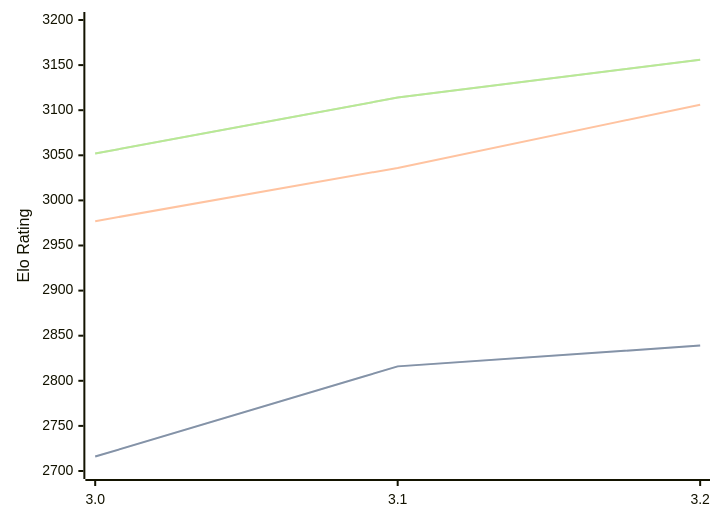
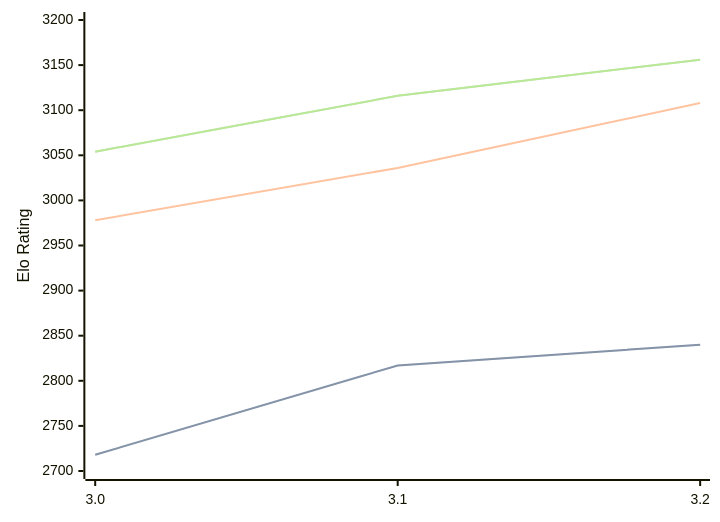
Before and after one commit to computer-chess-index/cci: the first of 3 diagrams in engines/Vajolet2.md, drawn with Mermaid. The commit also changed other lines of this file, not shown here.

Commit message:
Update CCI Ratings (ELO VLTC) - 2026-06-16

````diff
--- a/engines/Vajolet2.md
+++ b/engines/Vajolet2.md
@@ -41,11 +41,11 @@
 ```mermaid
 %%{init: {"theme":"base","themeVariables":{"seriesColors:['#a3a3a3','#222221','#faa371']}}}%%
 xychart-beta
   x-axis ["3.0", "3.1", "3.2"]
   y-axis "Elo Rating" 2700 --> 3200
-  line "STC (8.0+0.08s)" [2716, 2816, 2839]
-  line "STC (8.0+0.08s)" [2716, 2816, 2839]
-  line "LTC (60.0+0.60s)" [2977, 3036, 3106]
-  line "VLTC (2m24s+1.12s)" [3052, 3114, 3156]
-  line "VLTC (2m24s+1.12s)" [3052, 3114, 3156]
+  line "STC (8.0+0.08s)" [2718, 2817, 2840]
+  line "STC (8.0+0.08s)" [2718, 2817, 2840]
+  line "LTC (60.0+0.60s)" [2978, 3036, 3108]
+  line "VLTC (2m24s+1.12s)" [3054, 3116, 3156]
+  line "VLTC (2m24s+1.12s)" [3054, 3116, 3156]
 ```
````
